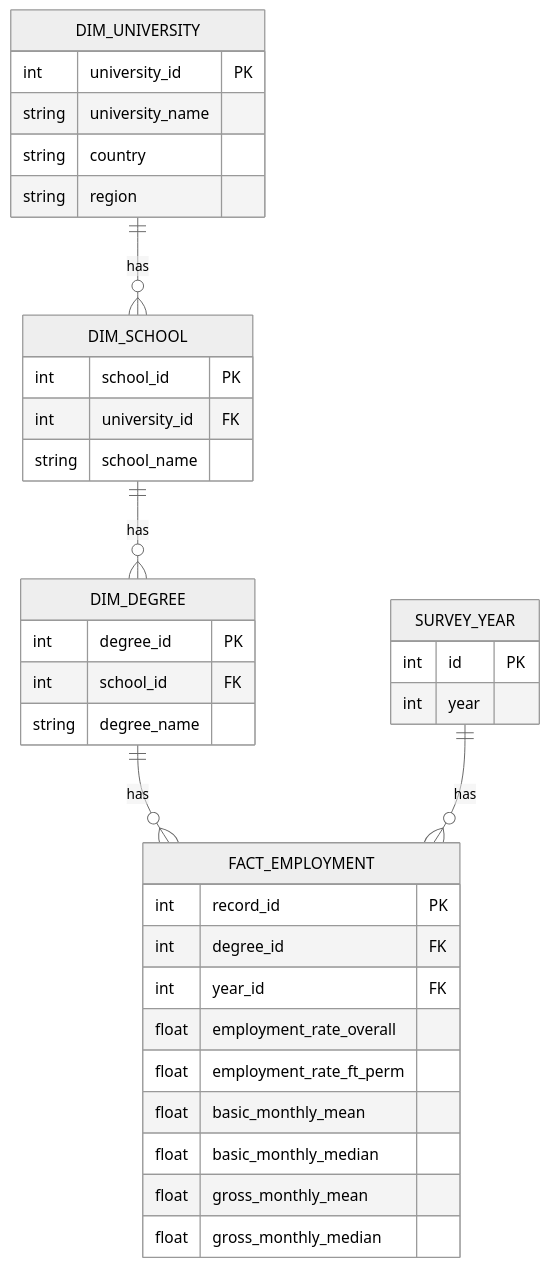
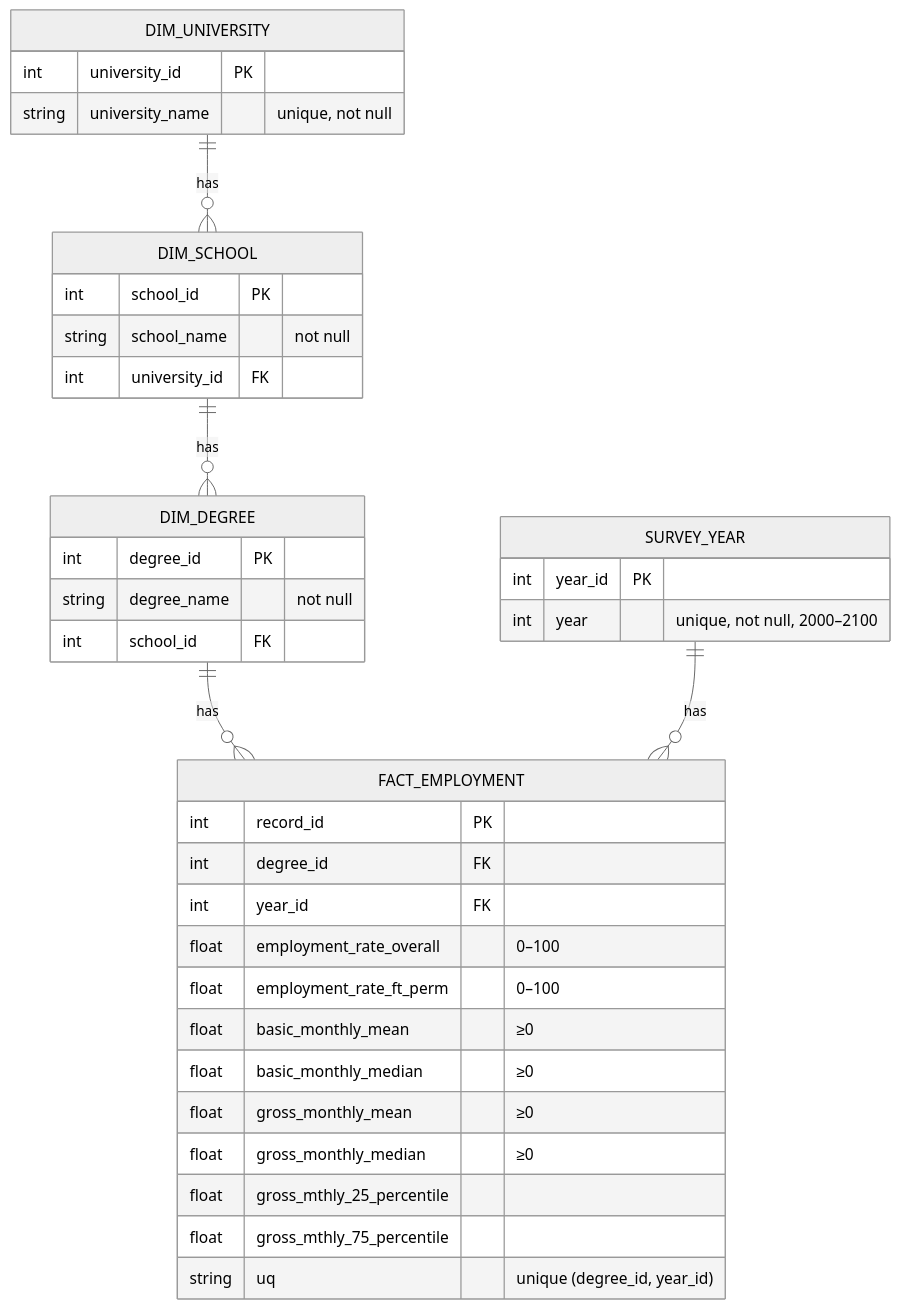
The diagram in erd.md (Lychooo/COMP0035-CK1), drawn with Mermaid (neutral theme) before and after one commit. The commit also changed 5 other files, not shown here.

````diff
--- a/erd.md
+++ b/erd.md
@@ -1,43 +1,40 @@
 ```mermaid
 erDiagram
-  DIM_UNIVERSITY  ||--o{ DIM_SCHOOL     : has
-  DIM_SCHOOL     ||--o{ DIM_DEGREE     : has
-  DIM_DEGREE     ||--o{ FACT_EMPLOYMENT: has
-  SURVEY_YEAR    ||--o{ FACT_EMPLOYMENT: has
+    DIM_UNIVERSITY ||--o{ DIM_SCHOOL : has
+    DIM_SCHOOL     ||--o{ DIM_DEGREE : has
+    DIM_DEGREE     ||--o{ FACT_EMPLOYMENT : has
+    SURVEY_YEAR    ||--o{ FACT_EMPLOYMENT : has
 
-  DIM_UNIVERSITY {
-    int    university_id  PK
-    string university_name
-    string country
-    string region
-  }
-
-  DIM_SCHOOL {
-    int    school_id      PK
-    int    university_id  FK
-    string school_name
-  }
-
-  DIM_DEGREE {
-    int    degree_id      PK
-    int    school_id      FK
-    string degree_name
-  }
-
-  SURVEY_YEAR {
-    int    id             PK
-    int    year
-  }
-
-  FACT_EMPLOYMENT {
-    int    record_id          PK
-    int    degree_id          FK
-    int    year_id            FK
-    float  employment_rate_overall
-    float  employment_rate_ft_perm
-    float  basic_monthly_mean
-    float  basic_monthly_median
-    float  gross_monthly_mean
-    float  gross_monthly_median
-  }
+    DIM_UNIVERSITY {
+        int    university_id PK
+        string university_name "unique, not null"
+    }
+    DIM_SCHOOL {
+        int    school_id PK
+        string school_name "not null"
+        int    university_id FK
+    }
+    DIM_DEGREE {
+        int    degree_id PK
+        string degree_name "not null"
+        int    school_id FK
+    }
+    SURVEY_YEAR {
+        int year_id PK
+        int year "unique, not null, 2000–2100"
+    }
+    FACT_EMPLOYMENT {
+        int   record_id PK
+        int   degree_id FK
+        int   year_id   FK
+        float employment_rate_overall "0–100"
+        float employment_rate_ft_perm "0–100"
+        float basic_monthly_mean "≥0"
+        float basic_monthly_median "≥0"
+        float gross_monthly_mean "≥0"
+        float gross_monthly_median "≥0"
+        float gross_mthly_25_percentile
+        float gross_mthly_75_percentile
+        string uq "unique (degree_id, year_id)"
+    }
 ```
````
